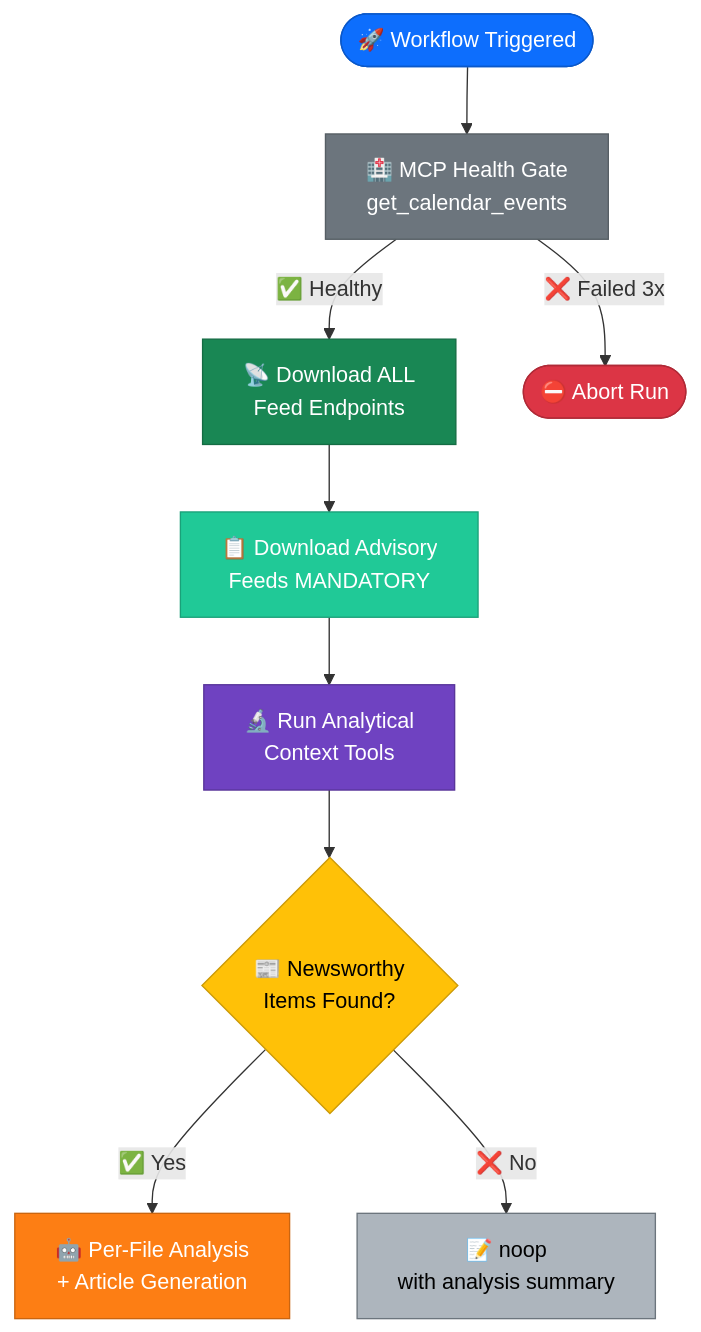
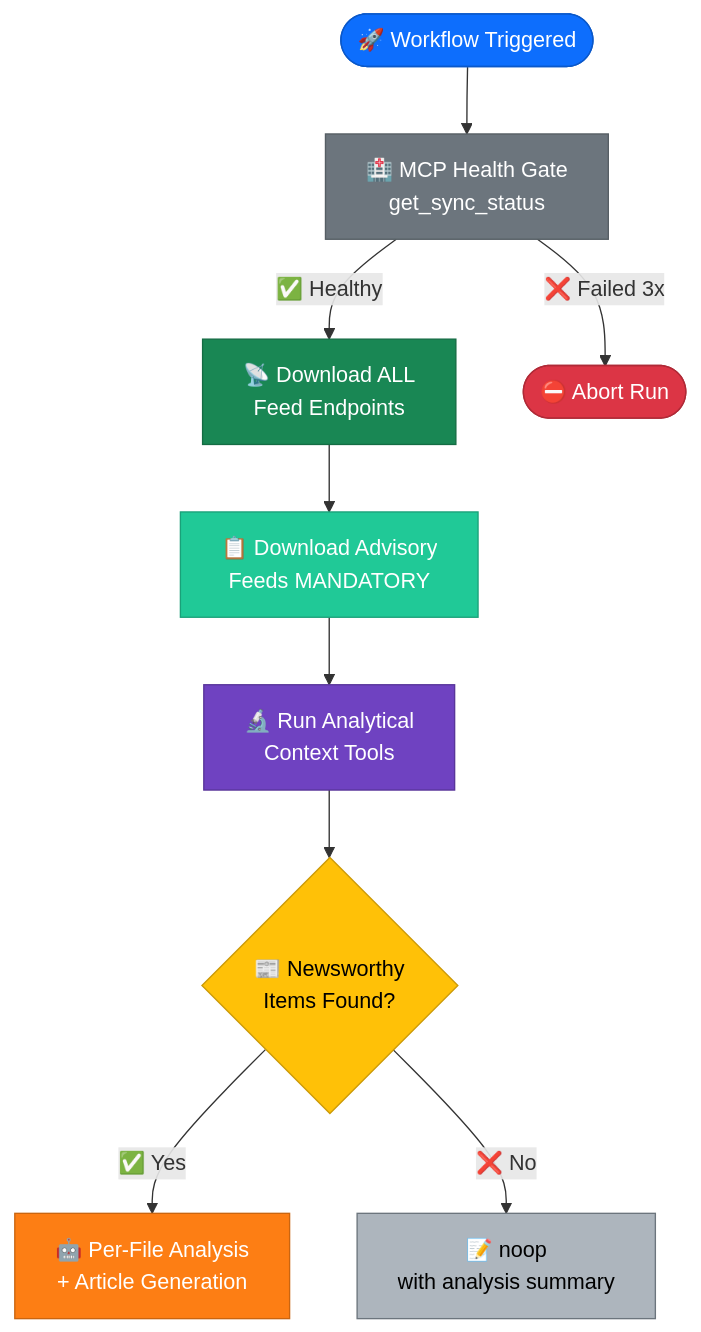
The second of 7 diagrams in analysis/README.md (Hack23/riksdagsmonitor), drawn with Mermaid before and after one commit. The commit also changed 6 other files, not shown here.

First line of the commit message:
Fix review round 3: version bumps, MCP health gate, tool naming, decay wording, stakeholder groups

````diff
--- a/analysis/README.md
+++ b/analysis/README.md
@@ -179,21 +179,21 @@
 ```mermaid
 flowchart TD
-    Start(["🚀 Workflow Triggered"]) --> Health["🏥 MCP Health Gate\nget_calendar_events"]
+    Start(["🚀 Workflow Triggered"]) --> Health["🏥 MCP Health Gate\nget_sync_status"]
     Health -->|"✅ Healthy"| Feeds["📡 Download ALL\nFeed Endpoints"]
     Health -->|"❌ Failed 3x"| Abort(["⛔ Abort Run"])
     Feeds --> Advisory["📋 Download Advisory\nFeeds MANDATORY"]
     Advisory --> Analytics["🔬 Run Analytical\nContext Tools"]
     Analytics --> Gate{"📰 Newsworthy\nItems Found?"}
     Gate -->|"✅ Yes"| Analyze["🤖 Per-File Analysis\n+ Article Generation"]
     Gate -->|"❌ No"| Noop["📝 noop\nwith analysis summary"]
 
     style Start fill:#0d6efd,stroke:#0a58ca,color:#fff
     style Health fill:#6c757d,stroke:#565e64,color:#fff
     style Feeds fill:#198754,stroke:#146c43,color:#fff
     style Advisory fill:#20c997,stroke:#1aa179,color:#fff
     style Analytics fill:#6f42c1,stroke:#59359a,color:#fff
     style Gate fill:#ffc107,stroke:#cc9a06,color:#000
     style Analyze fill:#fd7e14,stroke:#ca6510,color:#fff
     style Noop fill:#adb5bd,stroke:#6c757d,color:#000
     style Abort fill:#dc3545,stroke:#b02a37,color:#fff
 ```
````
